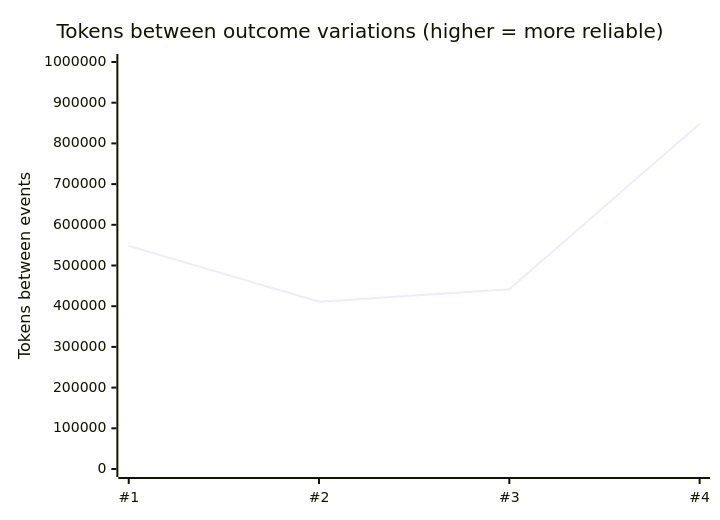
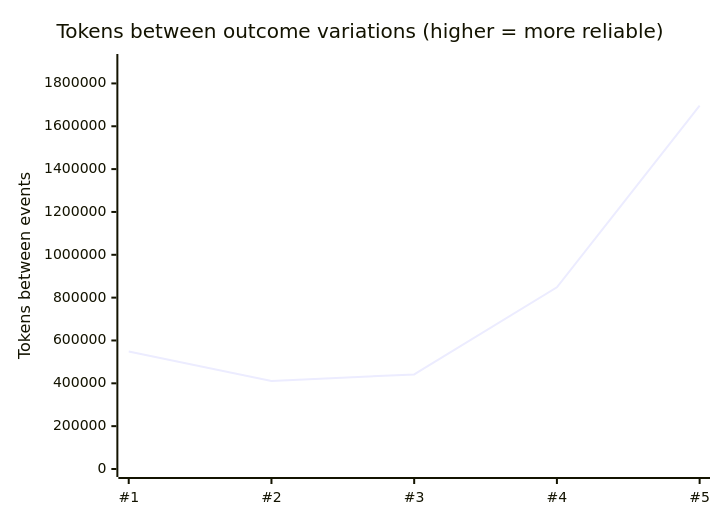
The second of 2 diagrams in ts/packages/defaultAgentProvider/test/reliability/README.md (microsoft/TypeAgent), drawn with Mermaid before and after one commit. The commit also changed other lines of this file and 1 other file, not shown here.

````diff
--- a/ts/packages/defaultAgentProvider/test/reliability/README.md
+++ b/ts/packages/defaultAgentProvider/test/reliability/README.md
@@ -39,7 +39,7 @@
 ```mermaid
 xychart-beta
     title "Tokens between outcome variations (higher = more reliable)"
-    x-axis ["#1", "#2", "#3", "#4"]
-    y-axis "Tokens between events" 0 --> 1000000
-    line [548190, 410938, 441657, 848281]
+    x-axis ["#1", "#2", "#3", "#4", "#5"]
+    y-axis "Tokens between events" 0 --> 1900000
+    line [548190, 410938, 441657, 848281, 1696140]
 ```
````
